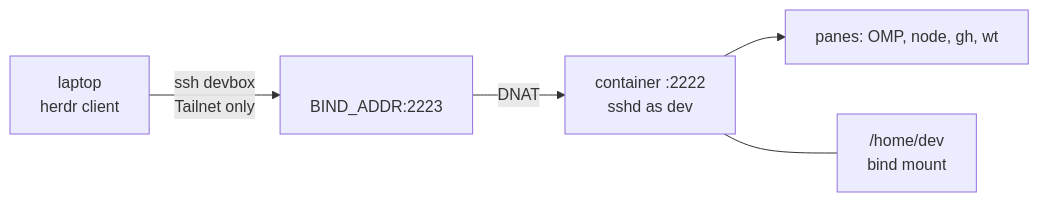
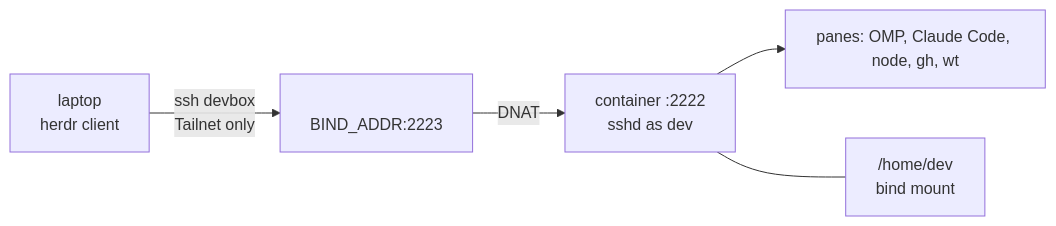
The diagram in README.md (rozsival/devbox), drawn with Mermaid before and after one commit. The commit also changed other lines of this file and 32 other files, not shown here.

Commit message:
feat: run claude code through the agent launchers alongside omp

````diff
--- a/README.md
+++ b/README.md
@@ -21,7 +22,7 @@
 ```mermaid
 flowchart LR
   L["laptop<br/>herdr client"] -->|" ssh devbox<br/>Tailnet only "| H["<workstation><br/>BIND_ADDR:2223"]
   H -->|" DNAT "| C["container :2222<br/>sshd as dev"]
-  C --> P["panes: OMP, node, gh, wt"]
+  C --> P["panes: OMP, Claude Code, node, gh, wt"]
   C --- V["/home/dev<br/>bind mount"]
 ```
````
